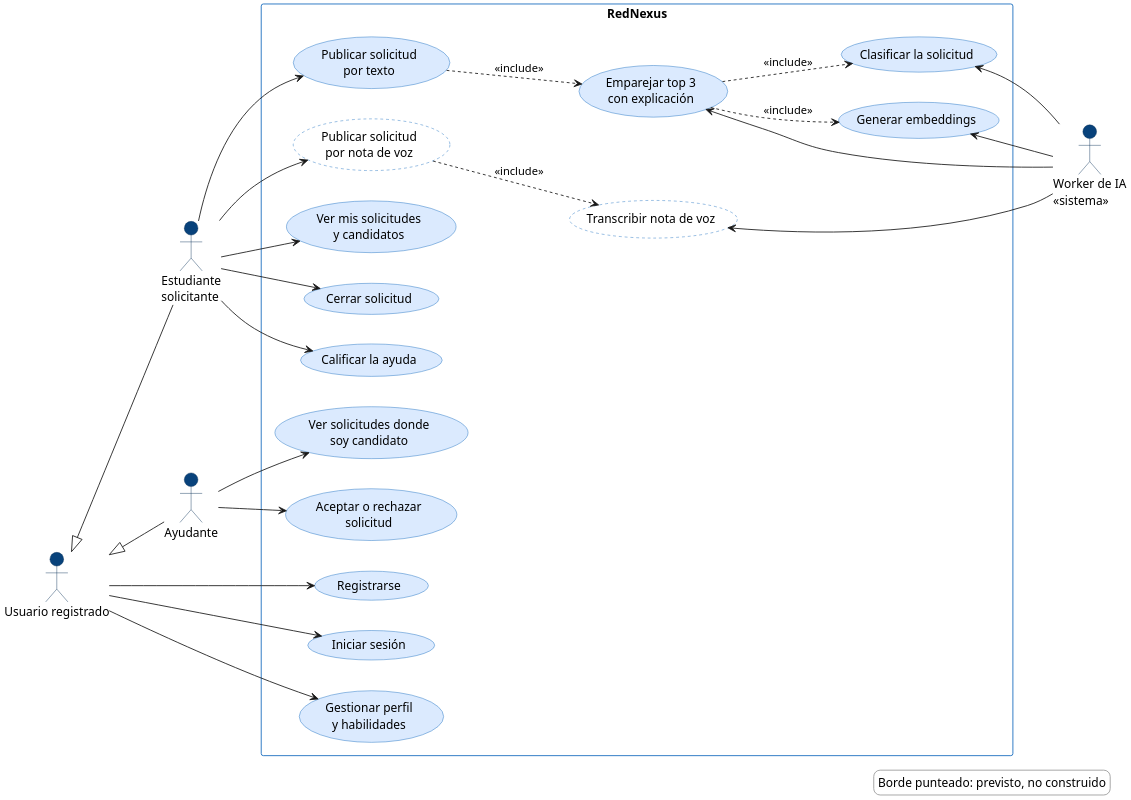
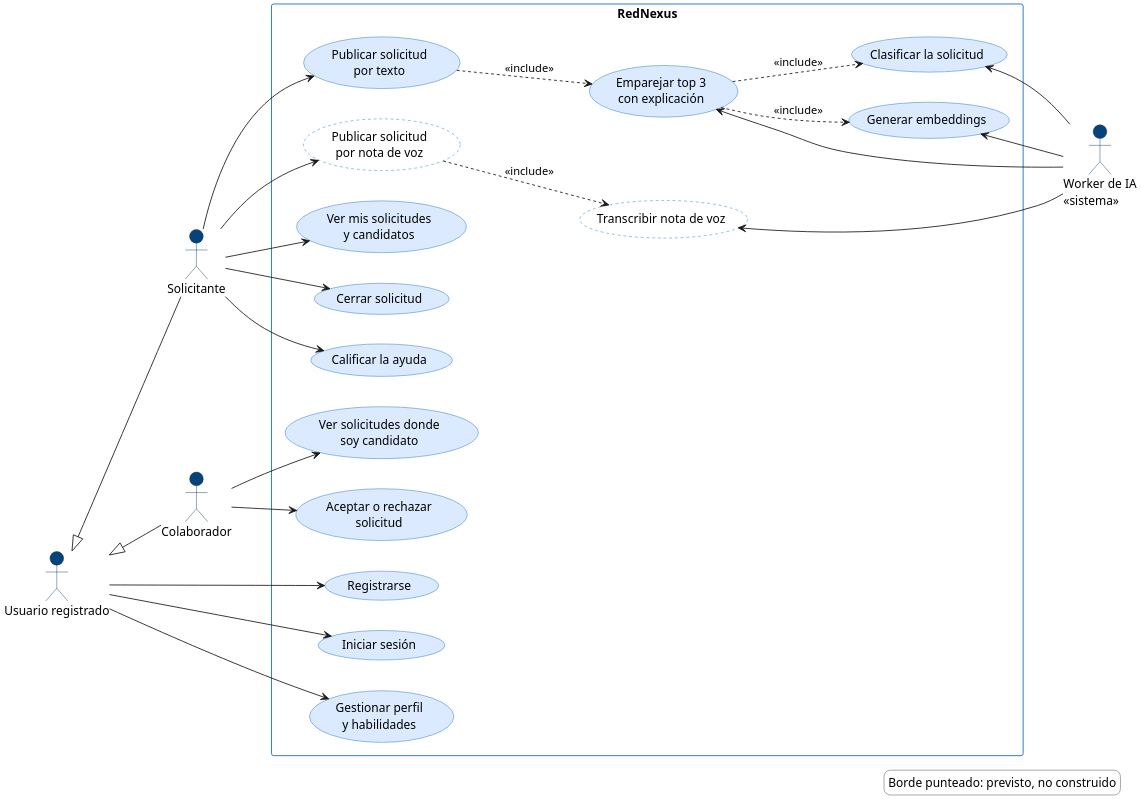
The diagram in docs/arquitectura/diagramas/07-casos-de-uso.puml (juanjosegl/RedNexus-Platform), drawn with PlantUML before and after one commit. The commit also changed 15 other files, not shown here.

First line of the commit message:
docs(arquitectura): términos solicitante y colaborador en diagramas

```diff
--- a/docs/arquitectura/diagramas/07-casos-de-uso.puml
+++ b/docs/arquitectura/diagramas/07-casos-de-uso.puml
@@ -1,78 +1,78 @@
 @startuml 07-casos-de-uso
 ' Casos de uso. En el MVP un mismo usuario puede pedir y dar ayuda.
 skinparam dpi 200
 skinparam defaultFontName "Helvetica"
 skinparam shadowing false
 skinparam LegendBackgroundColor #ffffff
 skinparam LegendBorderColor #999999
 left to right direction
 skinparam actor {
   BackgroundColor #08427b
   BorderColor #052e56
 }
 skinparam usecase {
   BackgroundColor #dbeafe
   BorderColor #1168bd
 }
 skinparam usecase<<previsto>> {
   BackgroundColor #ffffff
   BorderStyle dashed
 }
 skinparam rectangle {
   BorderColor #1168bd
 }
 hide <<previsto>> stereotype
 
 actor "Usuario registrado" as usr
-actor "Estudiante\nsolicitante" as sol
-actor "Ayudante" as ayu
+actor "Solicitante" as sol
+actor "Colaborador" as ayu
 actor "Worker de IA\n<<sistema>>" as ia
 
 sol -up-|> usr
 ayu -up-|> usr
 
 rectangle "RedNexus" {
   usecase "Registrarse" as UC1
   usecase "Iniciar sesión" as UC2
   usecase "Gestionar perfil\ny habilidades" as UC3
 
   usecase "Publicar solicitud\npor texto" as UC4
   usecase "Publicar solicitud\npor nota de voz" as UC5 <<previsto>>
   usecase "Ver mis solicitudes\ny candidatos" as UC6
   usecase "Cerrar solicitud" as UC7
   usecase "Calificar la ayuda" as UC8
 
   usecase "Ver solicitudes donde\nsoy candidato" as UC9
   usecase "Aceptar o rechazar\nsolicitud" as UC10
 
   usecase "Emparejar top 3\ncon explicación" as UC13
   usecase "Clasificar la solicitud" as UC11
   usecase "Generar embeddings" as UC12
   usecase "Transcribir nota de voz" as UC14 <<previsto>>
 }
 
 usr --> UC1
 usr --> UC2
 usr --> UC3
 sol --> UC4
 sol --> UC5
 sol --> UC6
 sol --> UC7
 sol --> UC8
 ayu --> UC9
 ayu --> UC10
 
 UC4 ..> UC13 : <<include>>
 UC5 ..> UC14 : <<include>>
 UC13 ..> UC11 : <<include>>
 UC13 ..> UC12 : <<include>>
 
 UC11 <-- ia
 UC12 <-- ia
 UC13 <-- ia
 UC14 <-- ia
 
 legend right
   Borde punteado: previsto, no construido
 endlegend
 @enduml
```
